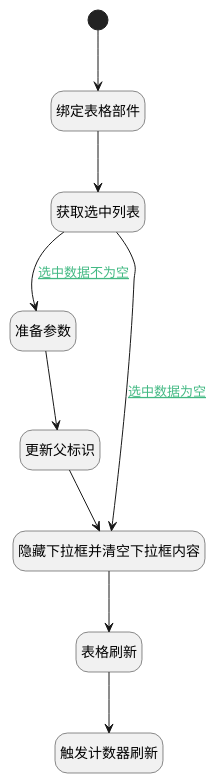
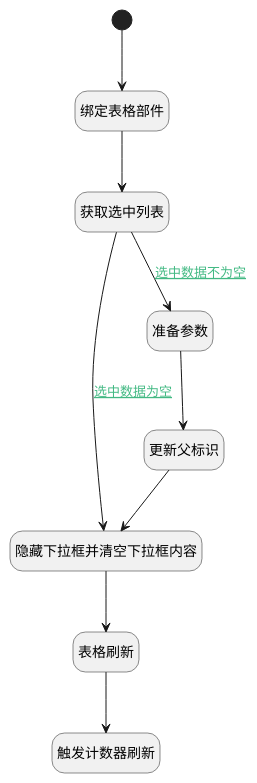
One commit to iBizLab/plm changed the diagram in doc/docsify/module/ProjMgmt/work_item/uilogic/add_child_change.md. Above: the diagram before and after it, drawn with PlantUML. The commit also changed other lines of this file and 1276 other files, not shown here.

````diff
--- a/doc/docsify/module/ProjMgmt/work_item/uilogic/add_child_change.md
+++ b/doc/docsify/module/ProjMgmt/work_item/uilogic/add_child_change.md
@@ -7,32 +7,32 @@
 ```plantuml
 @startuml
 hide footbox
 <style>
 root {
   HyperlinkColor #42b983
 }
 </style>
 
 hide empty description
 state "开始" as Begin <<start>> [[$./add_child_change#begin {开始}]]
-state "绑定表格部件" as PREPAREJSPARAM1  [[$./add_child_change#preparejsparam1 {绑定表格部件}]]
-state "触发计数器刷新" as RAWJSCODE3  [[$./add_child_change#rawjscode3 {触发计数器刷新}]]
-state "表格刷新" as VIEWCTRLINVOKE1  [[$./add_child_change#viewctrlinvoke1 {表格刷新}]]
 state "获取选中列表" as RAWJSCODE2  [[$./add_child_change#rawjscode2 {获取选中列表}]]
 state "更新父标识" as DEACTION1  [[$./add_child_change#deaction1 {更新父标识}]]
+state "触发计数器刷新" as RAWJSCODE3  [[$./add_child_change#rawjscode3 {触发计数器刷新}]]
+state "隐藏下拉框并清空下拉框内容" as RAWJSCODE1  [[$./add_child_change#rawjscode1 {隐藏下拉框并清空下拉框内容}]]
 state "准备参数" as PREPAREJSPARAM2  [[$./add_child_change#preparejsparam2 {准备参数}]]
-state "隐藏下拉框并清空下拉框内容" as RAWJSCODE1  [[$./add_child_change#rawjscode1 {隐藏下拉框并清空下拉框内容}]]
+state "绑定表格部件" as PREPAREJSPARAM1  [[$./add_child_change#preparejsparam1 {绑定表格部件}]]
+state "表格刷新" as VIEWCTRLINVOKE1  [[$./add_child_change#viewctrlinvoke1 {表格刷新}]]
 
 
 Begin --> PREPAREJSPARAM1
 PREPAREJSPARAM1 --> RAWJSCODE2
 RAWJSCODE2 --> PREPAREJSPARAM2 : [[$./add_child_change#rawjscode2-preparejsparam2{选中数据不为空} 选中数据不为空]]
 PREPAREJSPARAM2 --> DEACTION1
 DEACTION1 --> RAWJSCODE1
 RAWJSCODE1 --> VIEWCTRLINVOKE1
 VIEWCTRLINVOKE1 --> RAWJSCODE3
 RAWJSCODE2 --> RAWJSCODE1 : [[$./add_child_change#rawjscode2-rawjscode1{选中数据为空} 选中数据为空]]
 
 
 @enduml
 ```
````
